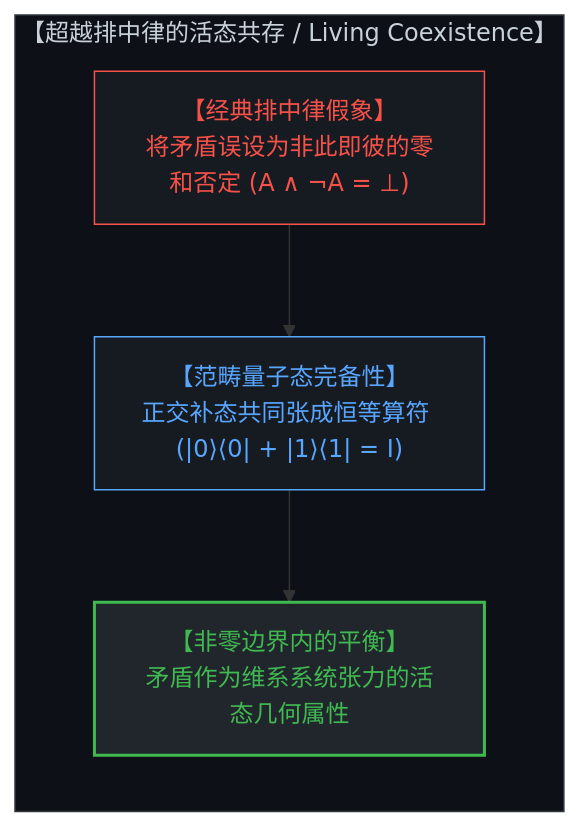
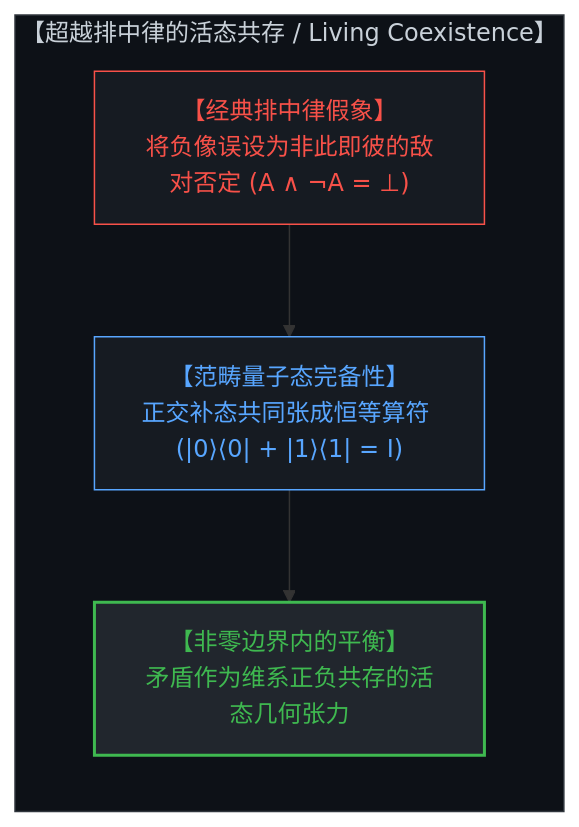
The fourth of 6 diagrams in content/posts/the-geometry-of-coexistence-and-the-dual-cut.md (powerpig99/not-a-toe), drawn with Mermaid before and after one commit. The commit also changed other lines of this file and 3 other files, not shown here.

````diff
--- a/content/posts/the-geometry-of-coexistence-and-the-dual-cut.md
+++ b/content/posts/the-geometry-of-coexistence-and-the-dual-cut.md
@@ -97,15 +97,15 @@
 ```mermaid
 graph TD
     subgraph LivingCoexistence["【超越排中律的活态共存 / Living Coexistence】"]
         direction TB
-        BooleanIllusion["【经典排中律假象】<br>将矛盾误设为非此即彼的零和否定 (A ∧ ¬A = ⊥)"]
+        BooleanIllusion["【经典排中律假象】<br>将负像误设为非此即彼的敌对否定 (A ∧ ¬A = ⊥)"]
         QuantumResolution["【范畴量子态完备性】<br>正交补态共同张成恒等算符 (|0⟩⟨0| + |1⟩⟨1| = I)"]
-        NonZeroBoundary["【非零边界内的平衡】<br>矛盾作为维系系统张力的活态几何属性"]
+        NonZeroBoundary["【非零边界内的平衡】<br>矛盾作为维系正负共存的活态几何张力"]
         BooleanIllusion --> QuantumResolution
         QuantumResolution --> NonZeroBoundary
     end
     style LivingCoexistence fill:#0d1117,stroke:#30363d,stroke-width:1px,color:#c9d1d9
     style BooleanIllusion fill:#161b22,stroke:#f85149,stroke-width:1px,color:#f85149
     style QuantumResolution fill:#161b22,stroke:#58a6ff,stroke-width:1px,color:#58a6ff
     style NonZeroBoundary fill:#21262d,stroke:#3fb950,stroke-width:2px,color:#3fb950
 ```
````
